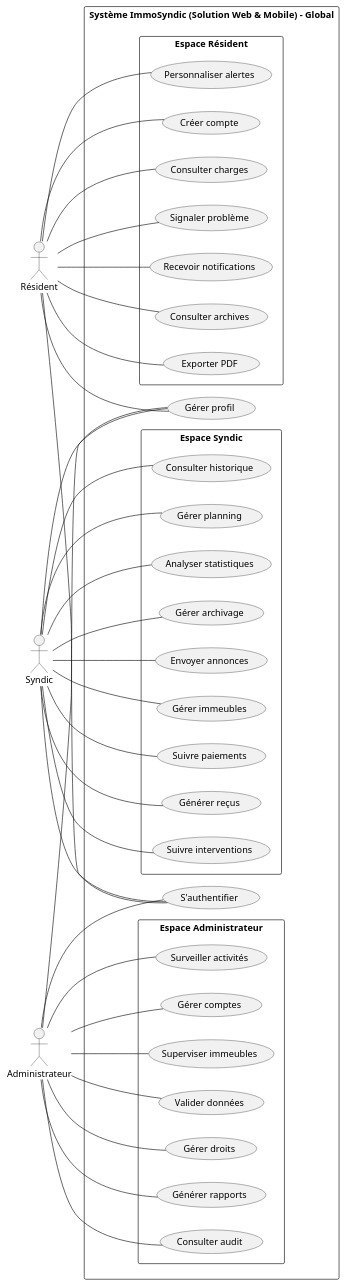
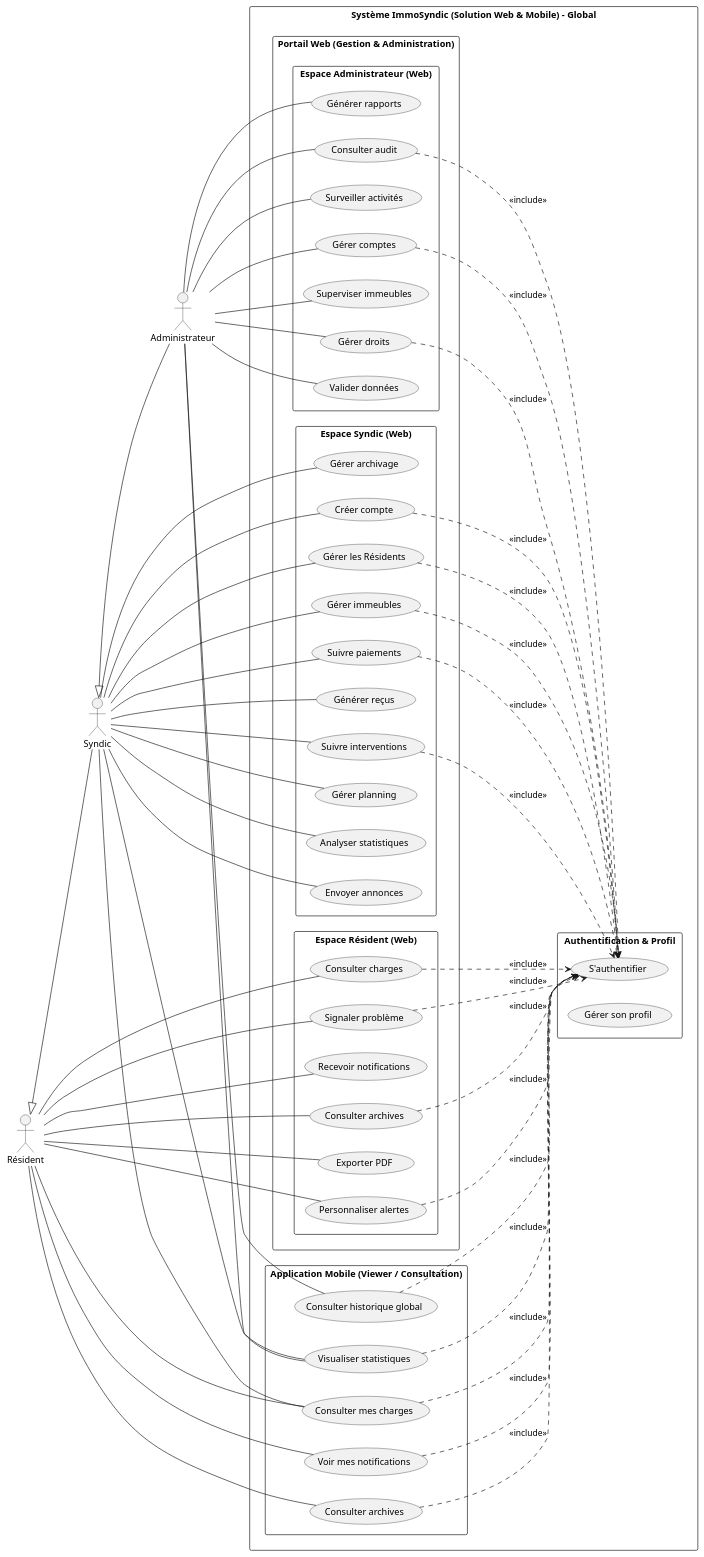
One commit to fadna-lakhouchen/Projet-finale changed the diagram in analyse/ideation/cas_utilisation/use_case_global.puml. Above: the diagram before and after it, drawn with PlantUML. The commit also changed 5 other files, not shown here.

```diff
--- a/analyse/ideation/cas_utilisation/use_case_global.puml
+++ b/analyse/ideation/cas_utilisation/use_case_global.puml
@@ -1,58 +1,125 @@
-@startuml
+@startuml ImmoSyndic_Global
 left to right direction
 skinparam packageStyle rectangle
 skinparam shadowing false
 
+' Actors
 actor "Résident" as Resident
 actor "Syndic" as Syndic
 actor "Administrateur" as Admin
 
+' Hierarchy
+Resident <|-- Syndic
+Syndic <|-- Admin
+
 rectangle "Système ImmoSyndic (Solution Web & Mobile) - Global" {
 
-  ' --- Authentification & Profil ---
-  usecase "S'authentifier" as Auth
-  usecase "Gérer profil" as Profile
-  Resident -- Auth
-  Syndic -- Auth
-  Admin -- Auth
-  Resident -- Profile
-  Syndic -- Profile
-  Admin -- Profile
-
-  ' --- Espace RESIDENT ---
-  package "Espace Résident" {
-    Resident -- (Créer compte)
-    Resident -- (Consulter charges)
-    Resident -- (Signaler problème)
-    Resident -- (Recevoir notifications)
-    Resident -- (Consulter archives)
-    Resident -- (Exporter PDF)
-    Resident -- (Personnaliser alertes)
+  package "Authentification & Profil" {
+    usecase "S'authentifier" as Auth
+    usecase "Gérer son profil" as Profile
   }
 
-  ' --- Espace SYNDIC ---
-  package "Espace Syndic" {
-    Syndic -- (Gérer immeubles)
-    Syndic -- (Suivre paiements)
-    Syndic -- (Générer reçus)
-    Syndic -- (Suivre interventions)
-    Syndic -- (Consulter historique)
-    Syndic -- (Gérer planning)
-    Syndic -- (Analyser statistiques)
-    Syndic -- (Gérer archivage)
-    Syndic -- (Envoyer annonces)
+  package "Portail Web (Gestion & Administration)" {
+    
+    package "Espace Résident (Web)" {
+      usecase "Consulter charges" as ViewChargesWeb
+      usecase "Signaler problème" as ReportIssueWeb
+      usecase "Recevoir notifications" as GetNotifsWeb
+      usecase "Consulter archives" as ViewArchivesWeb
+      usecase "Exporter PDF" as ExportPDFWeb
+      usecase "Personnaliser alertes" as SetAlertsWeb
+
+      ViewChargesWeb ..> Auth : <<include>>
+      ReportIssueWeb ..> Auth : <<include>>
+      ViewArchivesWeb ..> Auth : <<include>>
+      SetAlertsWeb ..> Auth : <<include>>
+    }
+
+    package "Espace Syndic (Web)" {
+      usecase "Créer compte" as Register
+      usecase "Gérer les Résidents" as ManageResidents
+      usecase "Gérer immeubles" as ManageBuildings
+      usecase "Suivre paiements" as TrackPayments
+      usecase "Générer reçus" as GenReceipts
+      usecase "Suivre interventions" as TrackInterventions
+      usecase "Gérer planning" as ManagePlanning
+      usecase "Analyser statistiques" as ViewStats
+      usecase "Envoyer annonces" as SendNews
+      usecase "Gérer archivage" as ArchiveDocs
+
+      Register ..> Auth : <<include>>
+      ManageResidents ..> Auth : <<include>>
+      ManageBuildings ..> Auth : <<include>>
+      TrackPayments ..> Auth : <<include>>
+      TrackInterventions ..> Auth : <<include>>
+    }
+
+    package "Espace Administrateur (Web)" {
+      usecase "Gérer comptes" as ManageUsers
+      usecase "Superviser immeubles" as Supervise
+      usecase "Gérer droits" as ManageRoles
+      usecase "Valider données" as ValidateData
+      usecase "Générer rapports" as GlobalReports
+      usecase "Consulter audit" as AuditLogs
+      usecase "Surveiller activités" as MonitorActivity
+
+      ManageUsers ..> Auth : <<include>>
+      ManageRoles ..> Auth : <<include>>
+      AuditLogs ..> Auth : <<include>>
+    }
   }
 
-  ' --- Espace ADMINISTRATEUR ---
-  package "Espace Administrateur" {
-    Admin -- (Gérer comptes)
-    Admin -- (Superviser immeubles)
-    Admin -- (Valider données)
-    Admin -- (Gérer droits)
-    Admin -- (Générer rapports)
-    Admin -- (Consulter audit)
-    Admin -- (Surveiller activités)
+  package "Application Mobile (Viewer / Consultation)" {
+    usecase "Consulter mes charges" as MobileViewCharges
+    usecase "Voir mes notifications" as MobileViewNotifs
+    usecase "Consulter archives" as MobileViewArchives
+    usecase "Visualiser statistiques" as MobileViewStats
+    usecase "Consulter historique global" as MobileViewHistory
+
+    MobileViewCharges ..> Auth : <<include>>
+    MobileViewNotifs ..> Auth : <<include>>
+    MobileViewArchives ..> Auth : <<include>>
+    MobileViewStats ..> Auth : <<include>>
+    MobileViewHistory ..> Auth : <<include>>
   }
+}
 
-}
+' Web Connections
+Resident -- ViewChargesWeb
+Resident -- ReportIssueWeb
+Resident -- GetNotifsWeb
+Resident -- ViewArchivesWeb
+Resident -- ExportPDFWeb
+Resident -- SetAlertsWeb
+
+Syndic -- Register
+Syndic -- ManageResidents
+Syndic -- ManageBuildings
+Syndic -- TrackPayments
+Syndic -- GenReceipts
+Syndic -- TrackInterventions
+Syndic -- ManagePlanning
+Syndic -- ViewStats
+Syndic -- SendNews
+Syndic -- ArchiveDocs
+
+Admin -- ManageUsers
+Admin -- Supervise
+Admin -- ManageRoles
+Admin -- ValidateData
+Admin -- GlobalReports
+Admin -- AuditLogs
+Admin -- MonitorActivity
+
+' Mobile Connections (Consultation Only)
+Resident -- MobileViewCharges
+Resident -- MobileViewNotifs
+Resident -- MobileViewArchives
+
+Syndic -- MobileViewCharges
+Syndic -- MobileViewStats
+
+Admin -- MobileViewStats
+Admin -- MobileViewHistory
+
 @enduml
```
